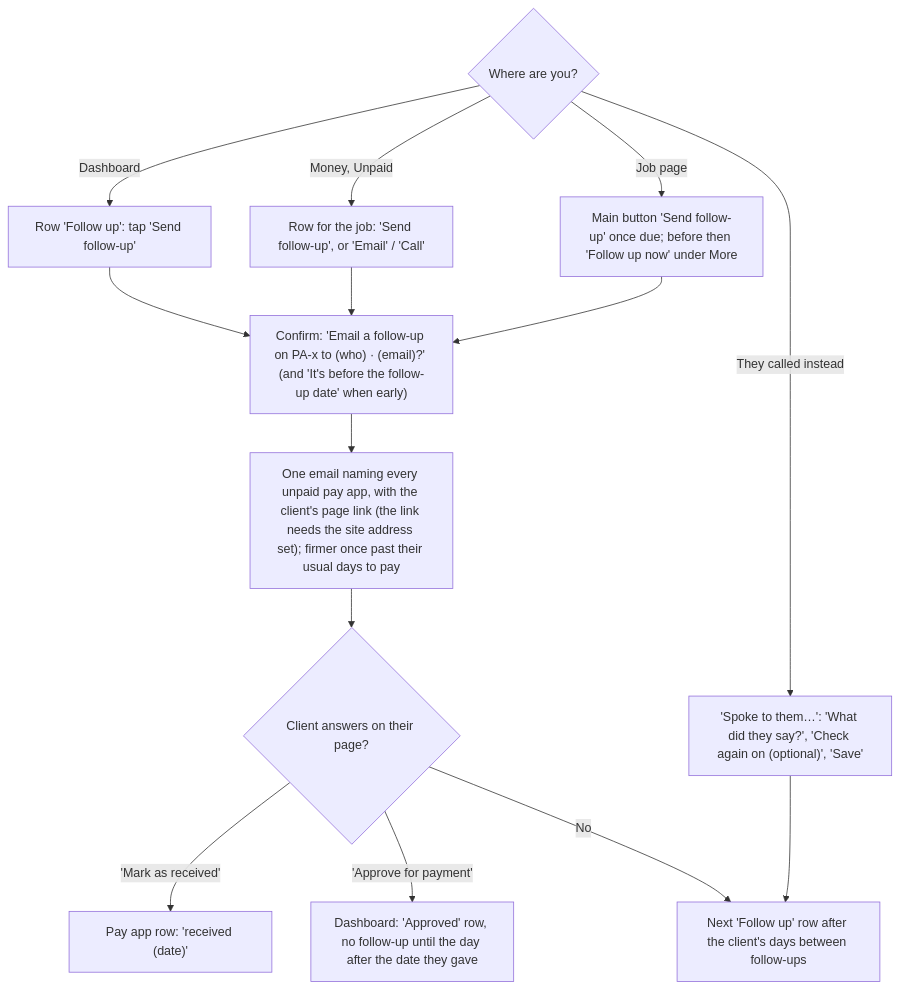
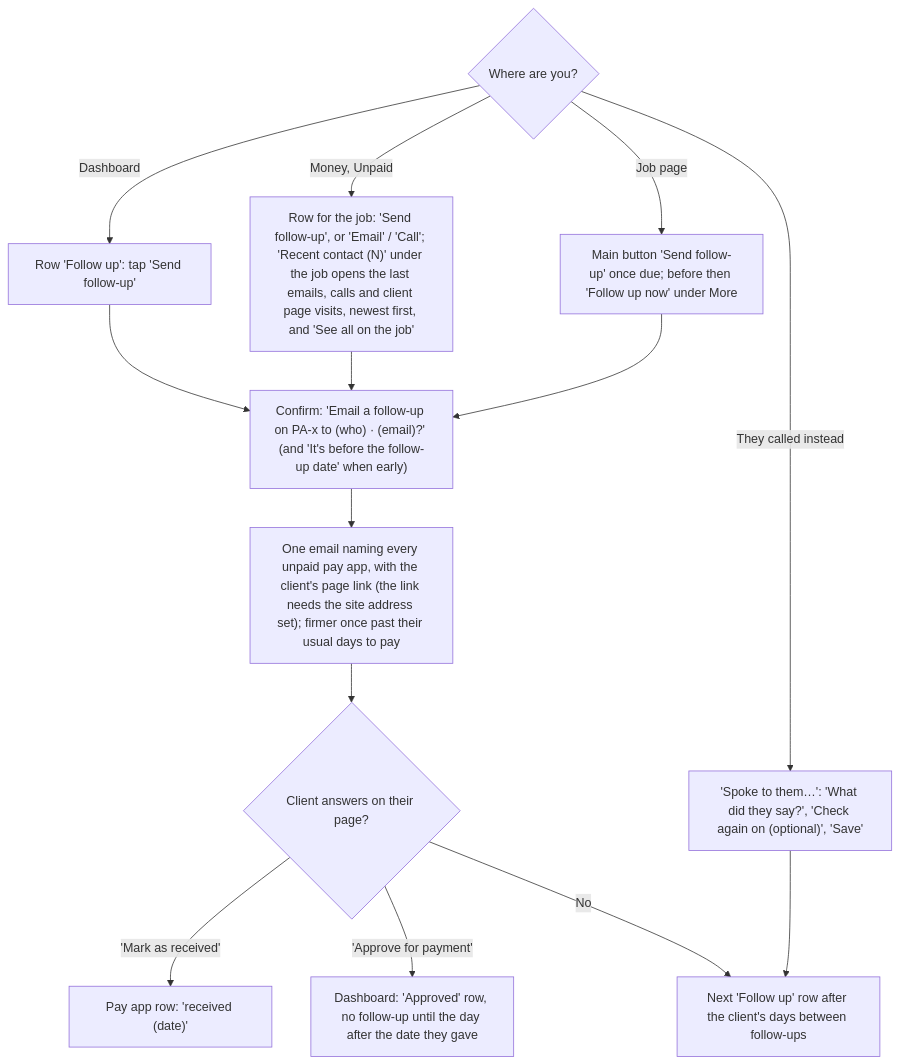
Before and after one commit to cartwrightstephen/billdable: the ninth of 15 diagrams in docs/client-flows.md, drawn with Mermaid. The commit also changed other lines of this file and 6 other files, not shown here.

First line of the commit message:
Change orders made only on the job page; Recent contact says Sent or Delivered; browser steps and the client flows doc

````diff
--- a/docs/client-flows.md
+++ b/docs/client-flows.md
@@ -342,16 +351,16 @@
 ```mermaid
 flowchart TD
     A{"Where are you?"} -->|"Dashboard"| B["Row 'Follow up': tap 'Send follow-up'"]
-    A -->|"Money, Unpaid"| C["Row for the job: 'Send follow-up', or 'Email' / 'Call'"]
+    A -->|"Money, Unpaid"| C["Row for the job: 'Send follow-up', or 'Email' / 'Call'; 'Recent contact (N)' under the job opens the last emails, calls and client page visits, newest first, and 'See all on the job'"]
     A -->|"Job page"| D["Main button 'Send follow-up' once due; before then 'Follow up now' under More"]
     B --> E["Confirm: 'Email a follow-up on PA-x to (who) · (email)?' (and 'It's before the follow-up date' when early)"]
     C --> E
     D --> E
     E --> G["One email naming every unpaid pay app, with the client's page link (the link needs the site address set); firmer once past their usual days to pay"]
     G --> H{"Client answers on their page?"}
     H -->|"'Mark as received'"| I["Pay app row: 'received (date)'"]
     H -->|"'Approve for payment'"| I2["Dashboard: 'Approved' row, no follow-up until the day after the date they gave"]
     H -->|"No"| J["Next 'Follow up' row after the client's days between follow-ups"]
     A -->|"They called instead"| K["'Spoke to them…': 'What did they say?', 'Check again on (optional)', 'Save'"]
     K --> J
 ```
````
